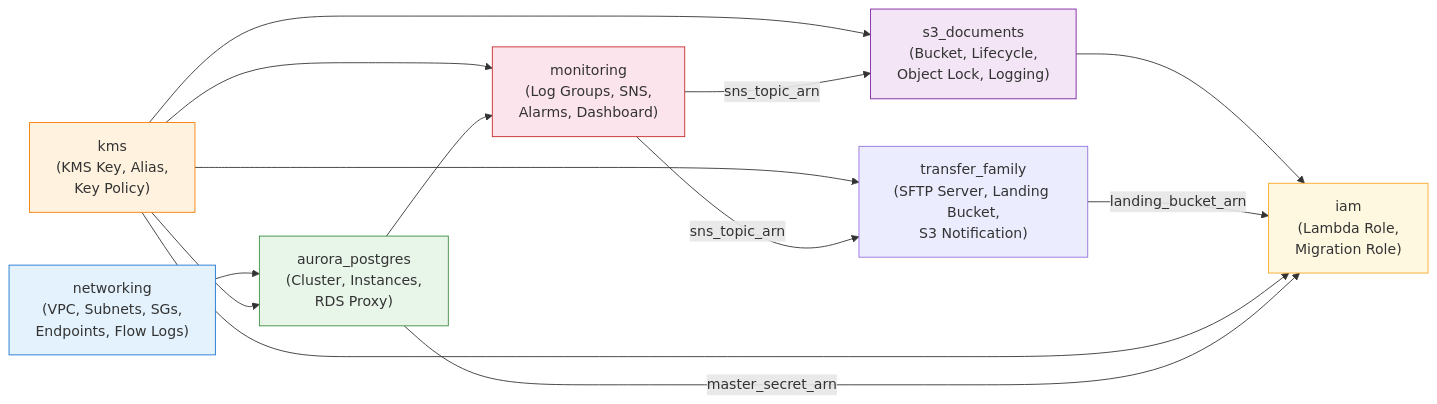
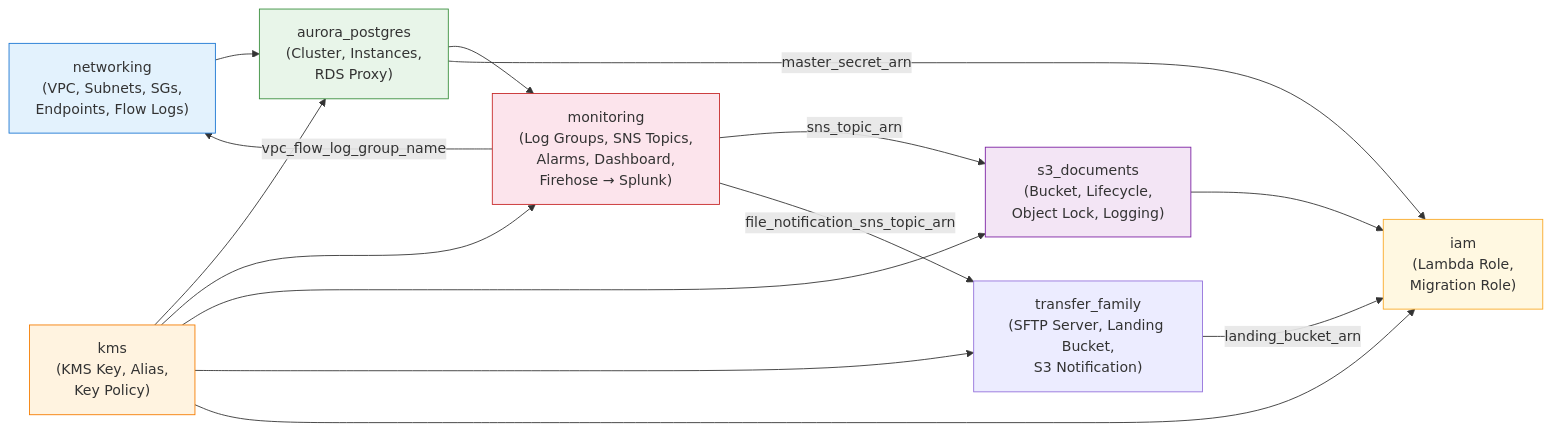
One commit to kumarmedasani/invoice-document-storage changed the second of 10 diagrams in docs/ARCHITECTURE.md. Above: the diagram before and after it, drawn with Mermaid. The commit also changed other lines of this file and 20 other files, not shown here.

First line of the commit message:
Add Splunk log streaming via Firehose and file drop notifications

````diff
--- a/docs/ARCHITECTURE.md
+++ b/docs/ARCHITECTURE.md
@@ -90,30 +98,31 @@
 ```mermaid
 graph LR
     networking["networking<br/>(VPC, Subnets, SGs,<br/>Endpoints, Flow Logs)"]
     kms["kms<br/>(KMS Key, Alias,<br/>Key Policy)"]
     aurora["aurora_postgres<br/>(Cluster, Instances,<br/>RDS Proxy)"]
-    monitoring["monitoring<br/>(Log Groups, SNS,<br/>Alarms, Dashboard)"]
+    monitoring["monitoring<br/>(Log Groups, SNS Topics,<br/>Alarms, Dashboard,<br/>Firehose → Splunk)"]
     s3["s3_documents<br/>(Bucket, Lifecycle,<br/>Object Lock, Logging)"]
     transfer["transfer_family<br/>(SFTP Server, Landing Bucket,<br/>S3 Notification)"]
     iam["iam<br/>(Lambda Role,<br/>Migration Role)"]
 
     networking --> aurora
     kms --> aurora
     kms --> monitoring
     aurora --> monitoring
     kms --> s3
     monitoring -->|sns_topic_arn| s3
     kms --> transfer
-    monitoring -->|sns_topic_arn| transfer
+    monitoring -->|file_notification_sns_topic_arn| transfer
+    monitoring -->|vpc_flow_log_group_name| networking
     s3 --> iam
     transfer -->|landing_bucket_arn| iam
     kms --> iam
     aurora -->|master_secret_arn| iam
 
     style networking fill:#e3f2fd,stroke:#1976d2
     style kms fill:#fff3e0,stroke:#f57c00
     style aurora fill:#e8f5e9,stroke:#388e3c
     style monitoring fill:#fce4ec,stroke:#c62828
     style s3 fill:#f3e5f5,stroke:#7b1fa2
     style iam fill:#fff8e1,stroke:#f9a825
 ```
````
